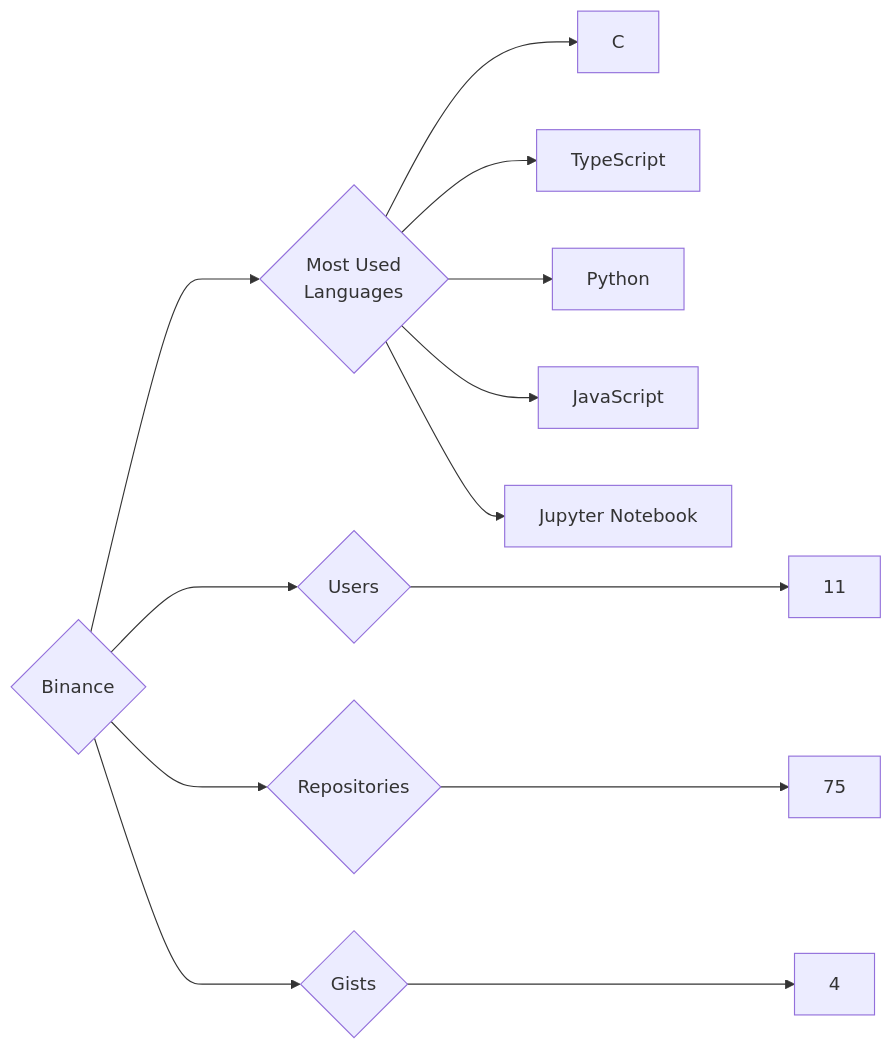
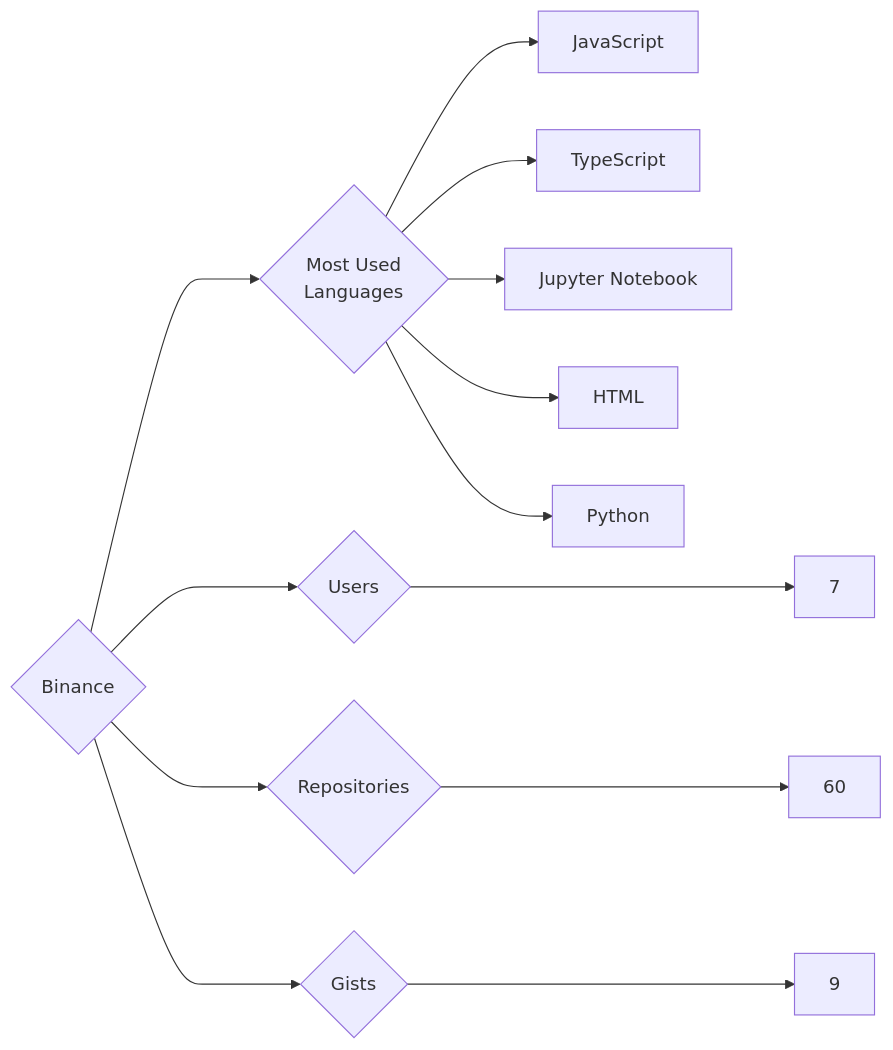
The diagram in targets/Binance/README.md (trickest/insiders), drawn with Mermaid before and after one commit. The commit also changed 895 other files, not shown here.

````diff
--- a/targets/Binance/README.md
+++ b/targets/Binance/README.md
@@ -3,13 +3,13 @@
 ```mermaid
 graph LR
 COMPANY_NAME{Binance}
-COMPANY_NAME ---> U{Users} ---> UN[11]
-COMPANY_NAME ---> R{Repositories} ---> RN[75]
-COMPANY_NAME ---> G{Gists} ---> GN[4]
+COMPANY_NAME ---> U{Users} ---> UN[7]
+COMPANY_NAME ---> R{Repositories} ---> RN[60]
+COMPANY_NAME ---> G{Gists} ---> GN[9]
 COMPANY_NAME ---> ML{Most Used<br>Languages}
-ML --> C[C]
+ML --> JavaScript[JavaScript]
 ML --> TypeScript[TypeScript]
+ML --> Jupyter_Notebook[Jupyter Notebook]
+ML --> HTML[HTML]
 ML --> Python[Python]
-ML --> JavaScript[JavaScript]
-ML --> Jupyter_Notebook[Jupyter Notebook]
 ```
````
